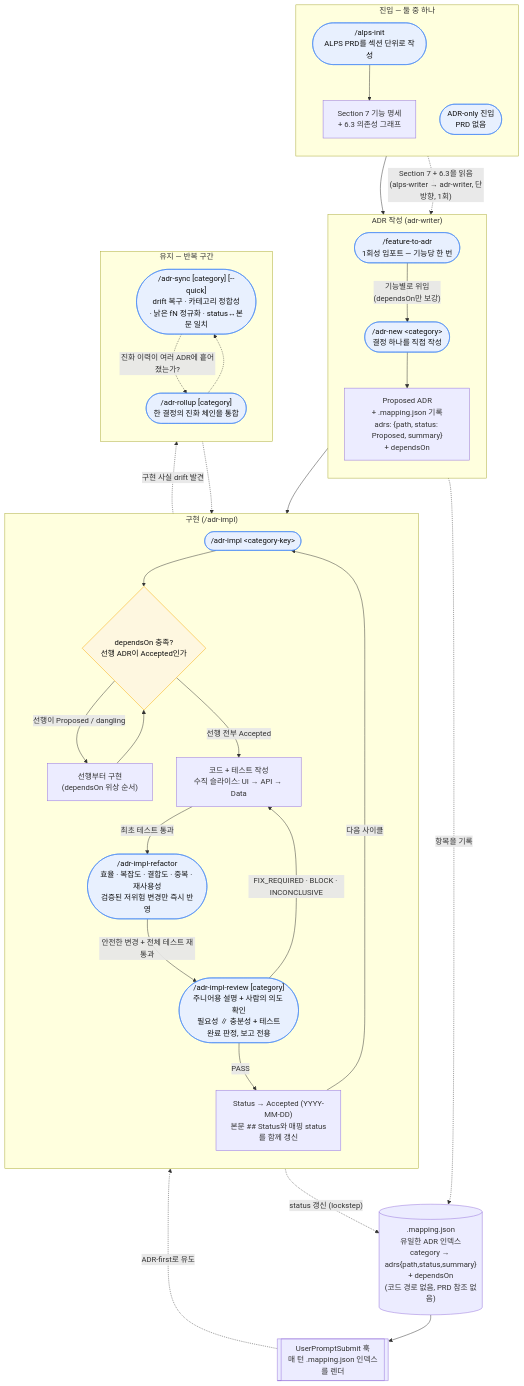
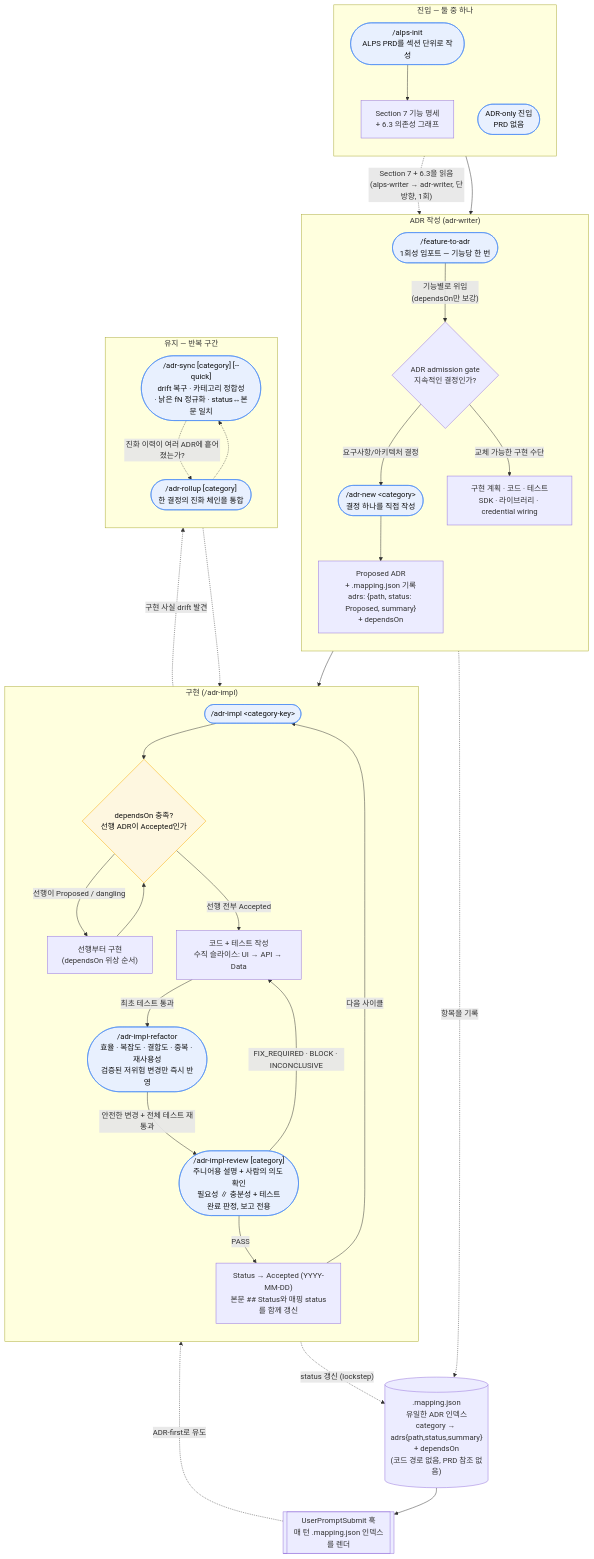
Before and after one commit to haandol/alps-writer-mcp: the first of 8 diagrams in docs/adr-process.md, drawn with Mermaid. The commit also changed other lines of this file and 35 other files, not shown here.

Commit message:
fix(adr): enforce architectural decision boundary

````diff
--- a/docs/adr-process.md
+++ b/docs/adr-process.md
@@ -28,66 +29,70 @@
 ```mermaid
 flowchart TD
     subgraph entry["진입 — 둘 중 하나"]
         direction TB
         AlpsInit(["/alps-init<br/>ALPS PRD를 섹션 단위로 작성"])
         S7["Section 7 기능 명세<br/>+ 6.3 의존성 그래프"]
         AlpsInit --> S7
         ADROnly(["ADR-only 진입<br/>PRD 없음"])
     end
 
     subgraph author["ADR 작성 (adr-writer)"]
         direction TB
         F2A(["/feature-to-adr<br/>1회성 임포트 — 기능당 한 번"])
+        Admit{"ADR admission gate<br/>지속적인 결정인가?"}
+        Detail["구현 계획 · 코드 · 테스트<br/>SDK · 라이브러리 · credential wiring"]
         New(["/adr-new &lt;category&gt;<br/>결정 하나를 직접 작성"])
         Proposed["Proposed ADR<br/>+ .mapping.json 기록<br/>adrs: {path, status: Proposed, summary}<br/>+ dependsOn"]
-        F2A -->|"기능별로 위임<br/>(dependsOn만 보강)"| New
+        F2A -->|"기능별로 위임<br/>(dependsOn만 보강)"| Admit
+        ADROnly --> Admit
+        Admit -->|"요구사항/아키텍처 결정"| New
+        Admit -->|"교체 가능한 구현 수단"| Detail
         New --> Proposed
     end
 
     subgraph impl["구현 (/adr-impl)"]
         direction TB
         Impl(["/adr-impl &lt;category-key&gt;"])
         Gate{"dependsOn 충족?<br/>선행 ADR이 Accepted인가"}
         Prereq["선행부터 구현<br/>(dependsOn 위상 순서)"]
         Code["코드 + 테스트 작성<br/>수직 슬라이스: UI → API → Data"]
         Refactor(["/adr-impl-refactor<br/>효율 · 복잡도 · 결합도 · 중복 · 재사용성<br/>검증된 저위험 변경만 즉시 반영"])
         Review(["/adr-impl-review [category]<br/>주니어용 설명 + 사람의 의도 확인<br/>필요성 ∥ 충분성 + 테스트<br/>완료 판정, 보고 전용"])
         Accepted["Status → Accepted (YYYY-MM-DD)<br/>본문 ## Status와 매핑 status를 함께 갱신"]
         Impl --> Gate
         Gate -->|"선행이 Proposed / dangling"| Prereq
         Prereq --> Gate
         Gate -->|"선행 전부 Accepted"| Code
         Code -->|"최초 테스트 통과"| Refactor
         Refactor -->|"안전한 변경 + 전체 테스트 재통과"| Review
         Review -->|PASS| Accepted
         Review -->|"FIX_REQUIRED · BLOCK · INCONCLUSIVE"| Code
     end
 
     subgraph maint["유지 — 반복 구간"]
         direction TB
         Sync(["/adr-sync [category] [--quick]<br/>drift 복구 · 카테고리 정합성<br/>· 낡은 fN 정규화 · status↔본문 일치"])
         Rollup(["/adr-rollup [category]<br/>한 결정의 진화 체인을 통합"])
     end
 
     Mapping[(".mapping.json<br/>유일한 ADR 인덱스<br/>category → adrs{path,status,summary}<br/>+ dependsOn<br/>(코드 경로 없음, PRD 참조 없음)")]
     Hook[["UserPromptSubmit 훅<br/>매 턴 .mapping.json 인덱스를 렌더"]]
 
     S7 -.->|"Section 7 + 6.3을 읽음<br/>(alps-writer → adr-writer, 단방향, 1회)"| F2A
-    ADROnly --> New
     Proposed --> Impl
     Review -.->|"구현 사실 drift 발견"| Sync
     Sync -.-> Review
     Accepted -->|"다음 사이클"| Impl
     Sync -.->|"진화 이력이 여러 ADR에 흩어졌는가?"| Rollup
     Rollup -.-> Sync
 
     Proposed -.->|"항목을 기록"| Mapping
     Accepted -.->|"status 갱신 (lockstep)"| Mapping
     Mapping --> Hook
     Hook -.->|"ADR-first로 유도"| Impl
 
     classDef cmd fill:#e8f0fe,stroke:#4285f4,color:#111;
     classDef gate fill:#fef7e0,stroke:#f9ab00,color:#111;
     class AlpsInit,F2A,New,Impl,Refactor,Review,Sync,Rollup,ADROnly cmd;
     class Gate gate;
 ```
````
